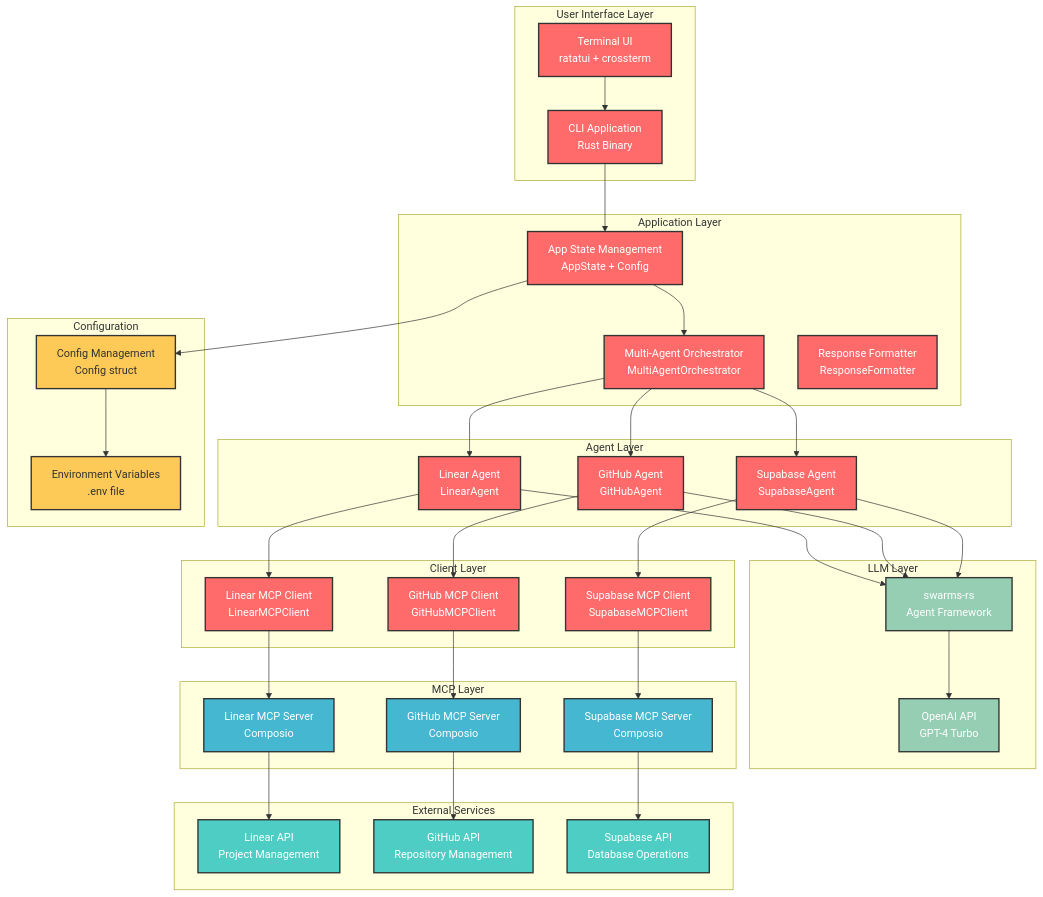
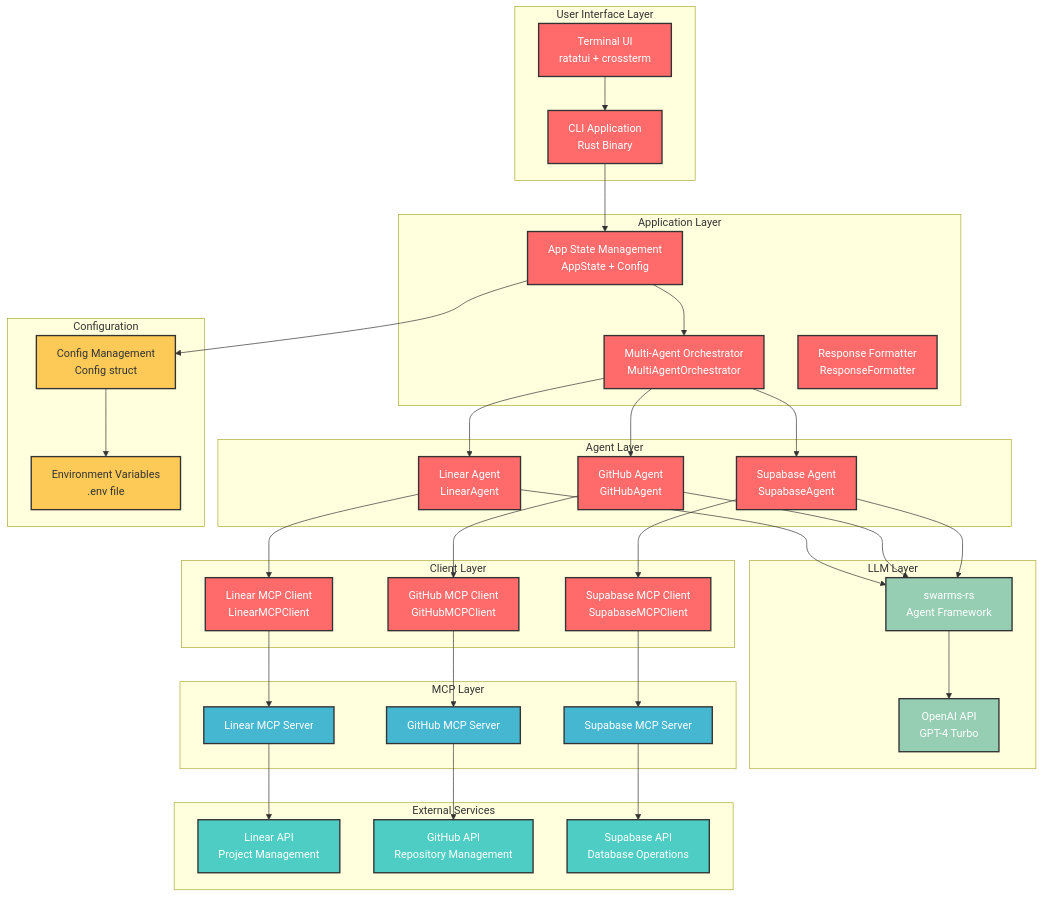
Before and after one commit to rohittcodes/codepilot: the first of 5 diagrams in ARCHITECTURE.md, drawn with Mermaid. The commit also changed other lines of this file and 22 other files, not shown here.

First line of the commit message:
Phase 1: repoint to single code-task flow + Phase 2 slice 1: tsc verification gate

```diff
--- a/ARCHITECTURE.md
+++ b/ARCHITECTURE.md
@@ -39,9 +39,9 @@
 
     %% MCP Layer
     subgraph "MCP Layer"
-        LinearMCP[Linear MCP Server<br/>Composio]
-        GitHubMCP[GitHub MCP Server<br/>Composio]
-        SupabaseMCP[Supabase MCP Server<br/>Composio]
+        LinearMCP[Linear MCP Server]
+        GitHubMCP[GitHub MCP Server]
+        SupabaseMCP[Supabase MCP Server]
     end
 
     %% External Services
```
